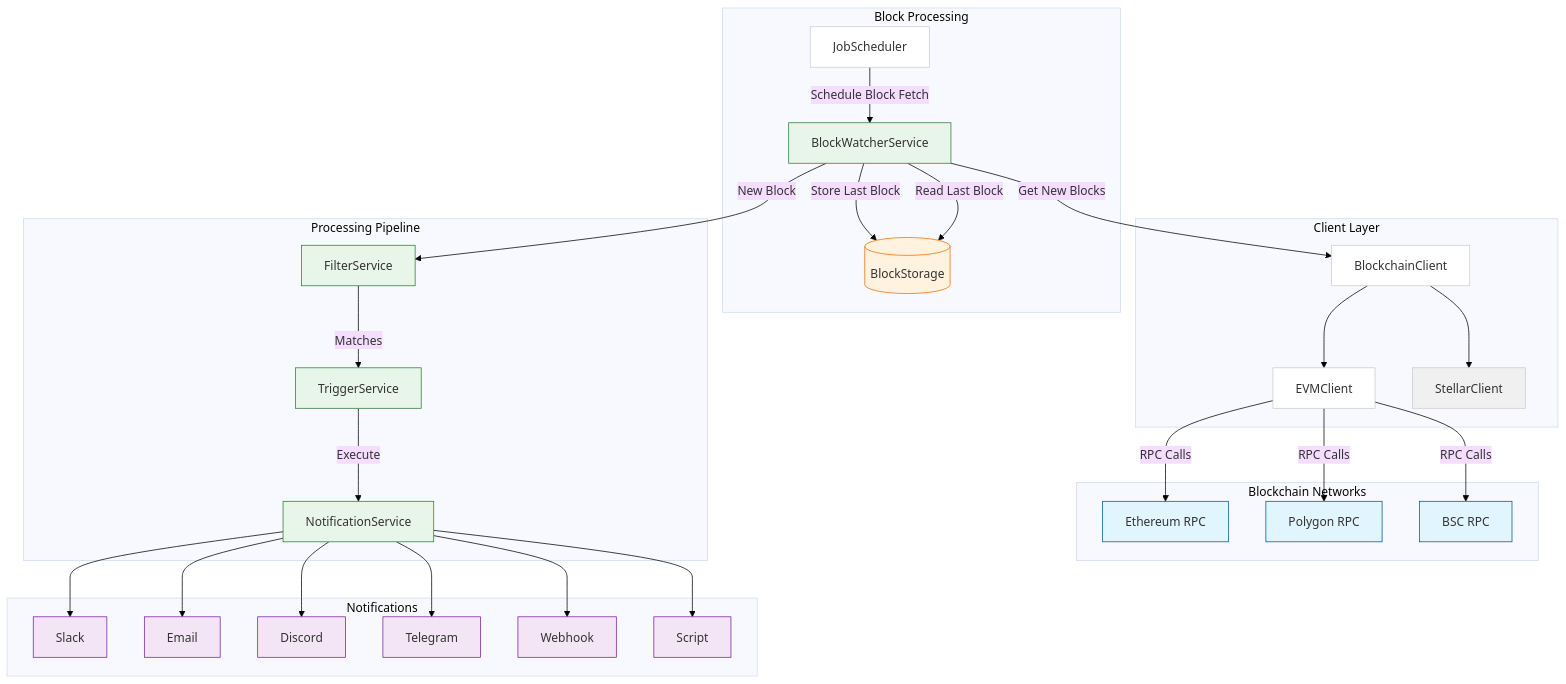
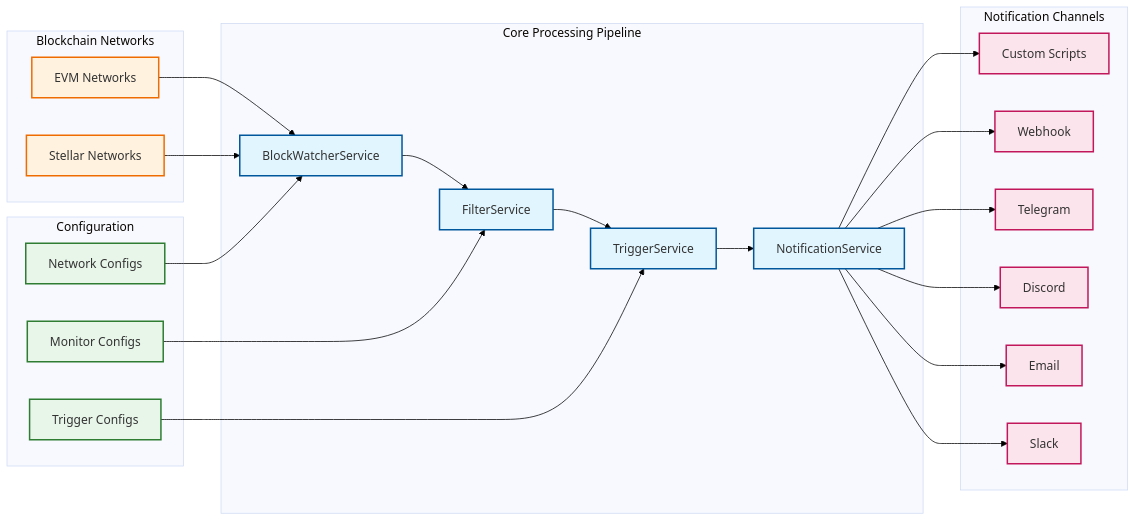
One commit to OpenZeppelin/openzeppelin-monitor changed the first of 3 diagrams in docs/modules/ROOT/pages/architecture.adoc. Above: the diagram before and after it, drawn with Mermaid. The commit also changed other lines of this file and 2 other files, not shown here.

Commit message:
docs: Update architecture docs and seperate structure

```diff
--- a/docs/modules/ROOT/pages/architecture.adoc
+++ b/docs/modules/ROOT/pages/architecture.adoc
@@ -14,70 +14,61 @@
 [mermaid,width=100%]
 ....
 %%{init: {
     'theme': 'base',
     'themeVariables': {
         'background': '#ffffff',
         'mainBkg': '#ffffff',
         'primaryBorderColor': '#cccccc'
     }
 }}%%
-graph TD
-    subgraph Blockchain Networks
-        ETH[Ethereum RPC]
-        POL[Polygon RPC]
-        BSC[BSC RPC]
+flowchart LR
+    subgraph "Blockchain Networks"
+        EVMN["EVM Networks"]
+        STLN["Stellar Networks"]
     end
-    subgraph Block Processing
-        BW[BlockWatcherService]
-        BS[(BlockStorage)]
-        JS[JobScheduler]
+    subgraph "Configuration"
+        NETCFG["Network Configs"]
+        MONCFG["Monitor Configs"]
+        TRICFG["Trigger Configs"]
     end
-    subgraph Client Layer
-        BC[BlockchainClient]
-        EVM[EVMClient]
-        STL[StellarClient]
+    subgraph "Core Processing Pipeline"
+        BWS["BlockWatcherService"]
+        FS["FilterService"]
+        TS["TriggerService"]
+        NS["NotificationService"]
     end
-    subgraph Processing Pipeline
-        FS[FilterService]
-        TS[TriggerService]
-        NS[NotificationService]
-    end
-    subgraph Notifications
+    subgraph "Notification Channels"
         Slack
         Email
         Discord
         Telegram
         Webhook
-        Script
+        Scripts["Custom Scripts"]
     end
-    %% Block Processing Flow
-    JS -->|Schedule Block Fetch| BW
-    BW -->|Store Last Block| BS
-    BW -->|Read Last Block| BS
-    BW -->|Get New Blocks| BC
-    %% Client Connections
-    BC --> EVM
-    BC --> STL
-    EVM -->|RPC Calls| ETH
-    EVM -->|RPC Calls| POL
-    EVM -->|RPC Calls| BSC
-    %% Processing Flow
-    BW -->|New Block| FS
-    FS -->|Matches| TS
-    TS -->|Execute| NS
+
+    %% Data and config flow
+    EVMN --> BWS
+    STLN --> BWS
+    NETCFG --> BWS
+    MONCFG --> FS
+    TRICFG --> TS
+    BWS --> FS
+    FS --> TS
+    TS --> NS
     NS --> Slack
     NS --> Email
     NS --> Discord
     NS --> Telegram
     NS --> Webhook
-    NS --> Script
-    style STL fill:#f0f0f0
-    classDef rpc fill:#e1f5fe,stroke:#01579b
-    classDef storage fill:#fff3e0,stroke:#ef6c00
-    classDef service fill:#e8f5e9,stroke:#2e7d32
-    classDef notification fill:#f3e5f5,stroke:#7b1fa2
-    class ETH,POL,BSC rpc
-    class BS storage
-    class BW,FS,TS,NS service
-    class Slack,Email,Discord,Telegram,Webhook,Script notification
+    NS --> Scripts
+
+    %% Styling for major blocks and notification channels
+    classDef blockchain fill:#fff3e0,stroke:#ef6c00,stroke-width:2px;
+    classDef config fill:#e8f5e9,stroke:#2e7d32,stroke-width:2px;
+    classDef mainBlock fill:#e1f5fe,stroke:#01579b,stroke-width:2px;
+    classDef notification fill:#fce4ec,stroke:#c2185b,stroke-width:2px;
+    class EVMN,STLN blockchain;
+    class NETCFG,MONCFG,TRICFG config;
+    class BWS,FS,TS,NS mainBlock;
+    class Slack,Email,Discord,Telegram,Webhook,Scripts notification;
 ....
```
